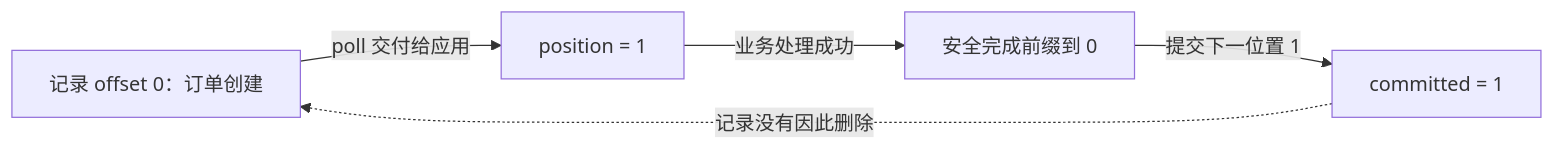
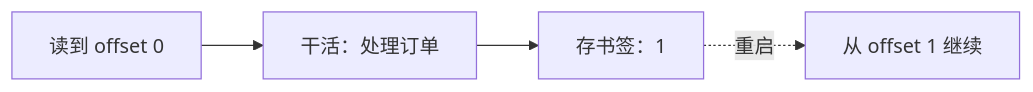
The diagram in chapters/06-offset-commits.md (evaevable/kafkalearn), drawn with Mermaid before and after one commit. The commit also changed other lines of this file, not shown here.

````diff
--- a/chapters/06-offset-commits.md
+++ b/chapters/06-offset-commits.md
@@ -39,7 +36,6 @@
 ```mermaid
 flowchart LR
-    R["记录 offset 0：订单创建"] -->|"poll 交付给应用"| P["position = 1"]
-    P -->|"业务处理成功"| D["安全完成前缀到 0"]
-    D -->|"提交下一位置 1"| C["committed = 1"]
-    C -.->|"记录没有因此删除"| R
+    A["读到 offset 0"] --> B["干活：处理订单"]
+    B --> C["存书签：1"]
+    C -.->|"重启"| D["从 offset 1 继续"]
 ```
````
